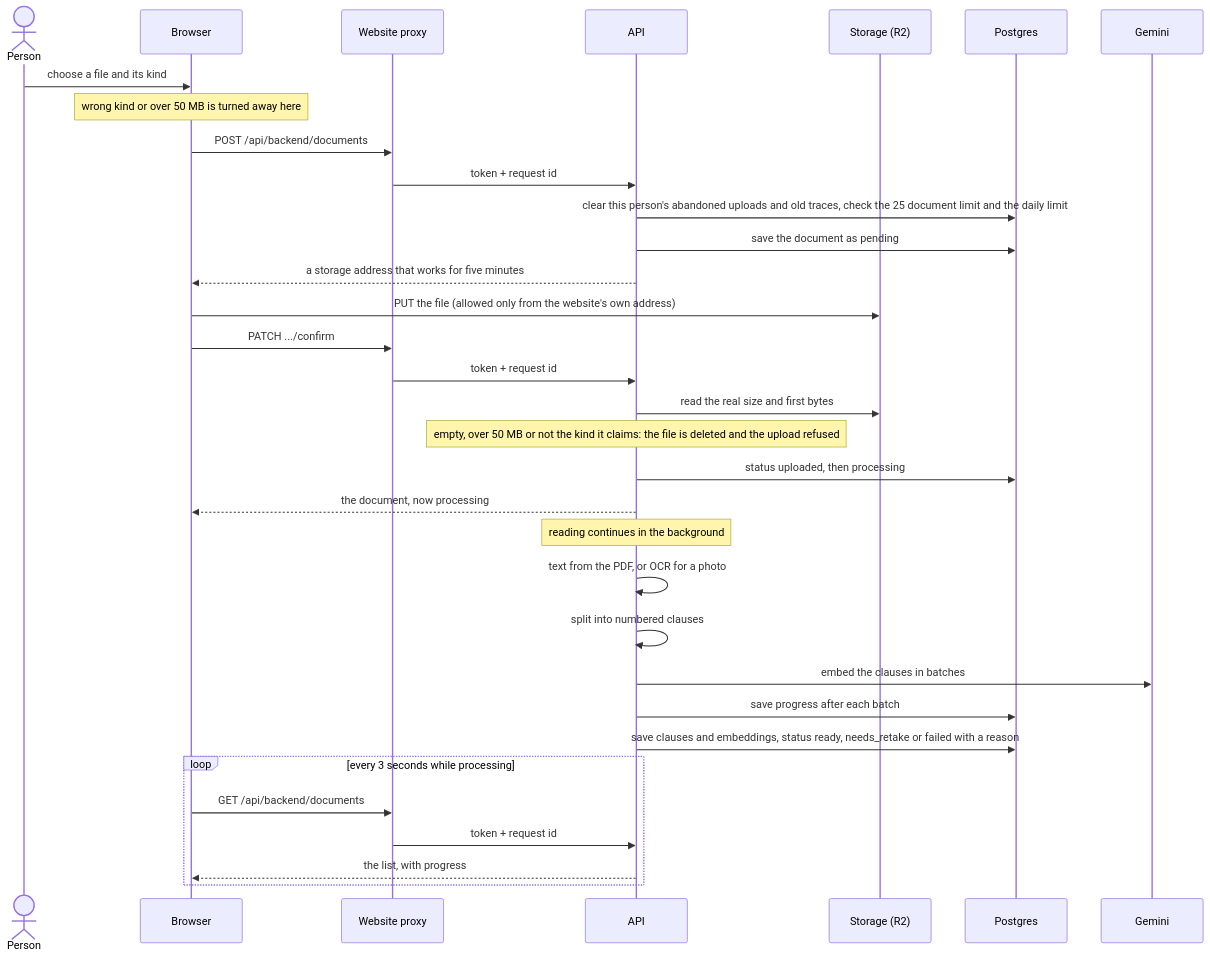
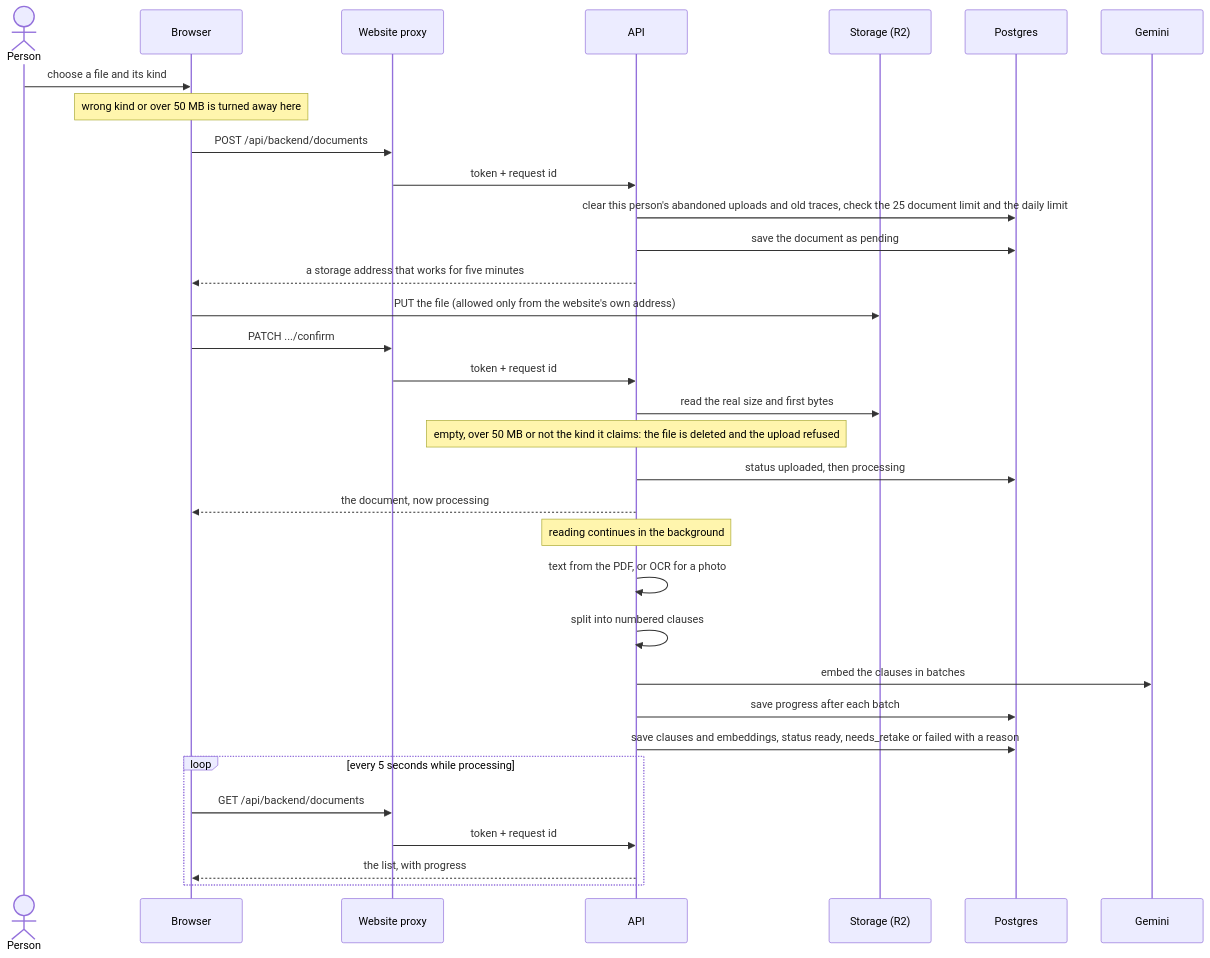
The third of 5 diagrams in docs/ARCHITECTURE.md (iamshrey10/Brief), drawn with Mermaid before and after one commit. The commit also changed other lines of this file and 10 other files, not shown here.

````diff
--- a/docs/ARCHITECTURE.md
+++ b/docs/ARCHITECTURE.md
@@ -75,36 +75,36 @@
 ```mermaid
 sequenceDiagram
     actor Person
     participant Browser
     participant Web as Website proxy
     participant API
     participant R2 as Storage (R2)
     participant DB as Postgres
     participant Model as Gemini
 
     Person->>Browser: choose a file and its kind
     Note over Browser: wrong kind or over 50 MB is turned away here
     Browser->>Web: POST /api/backend/documents
     Web->>API: token + request id
     API->>DB: clear this person's abandoned uploads and old traces, check the 25 document limit and the daily limit
     API->>DB: save the document as pending
     API-->>Browser: a storage address that works for five minutes
     Browser->>R2: PUT the file (allowed only from the website's own address)
     Browser->>Web: PATCH .../confirm
     Web->>API: token + request id
     API->>R2: read the real size and first bytes
     Note over API: empty, over 50 MB or not the kind it claims: the file is deleted and the upload refused
     API->>DB: status uploaded, then processing
     API-->>Browser: the document, now processing
     Note over API: reading continues in the background
     API->>API: text from the PDF, or OCR for a photo
     API->>API: split into numbered clauses
     API->>Model: embed the clauses in batches
     API->>DB: save progress after each batch
     API->>DB: save clauses and embeddings, status ready, needs_retake or failed with a reason
-    loop every 3 seconds while processing
+    loop every 5 seconds while processing
         Browser->>Web: GET /api/backend/documents
         Web->>API: token + request id
         API-->>Browser: the list, with progress
     end
 ```
````
